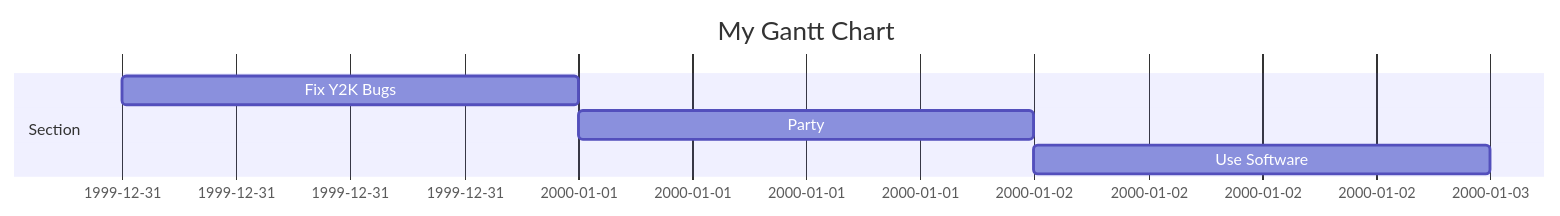
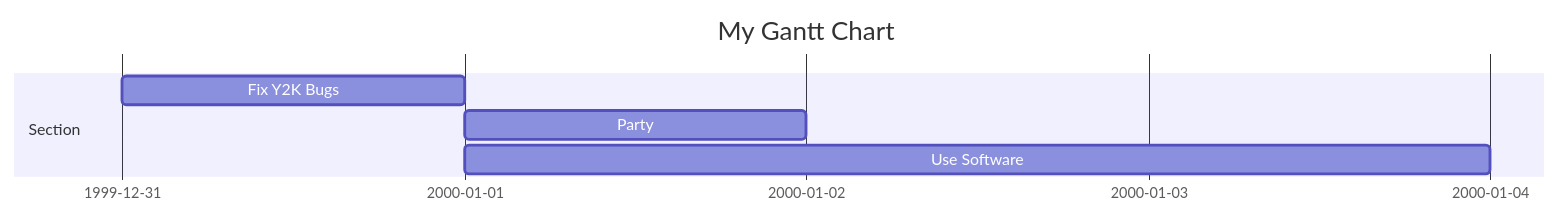
The diagram in level-0/README.md (fhnw-imvs/fhnw-ipro-indoor-climate), drawn with Mermaid before and after one commit.

````diff
--- a/level-0/README.md
+++ b/level-0/README.md
@@ -42,9 +42,10 @@
 ```mermaid
 gantt
     title My Gantt Chart
-    dateFormat  YYYY-MM-DD
+    dateFormat YYYY-MM-DD
+    tickInterval 1day
     section Section
     Fix Y2K Bugs :t1, 1999-12-31, 1d
-    Party  :t2, after t1, 1d
-    Use Software  :t3, after t2, 1d
+    Party        :t2, after t1, 1d
+    Use Software :t3, after t1, 3d
 ```
````
